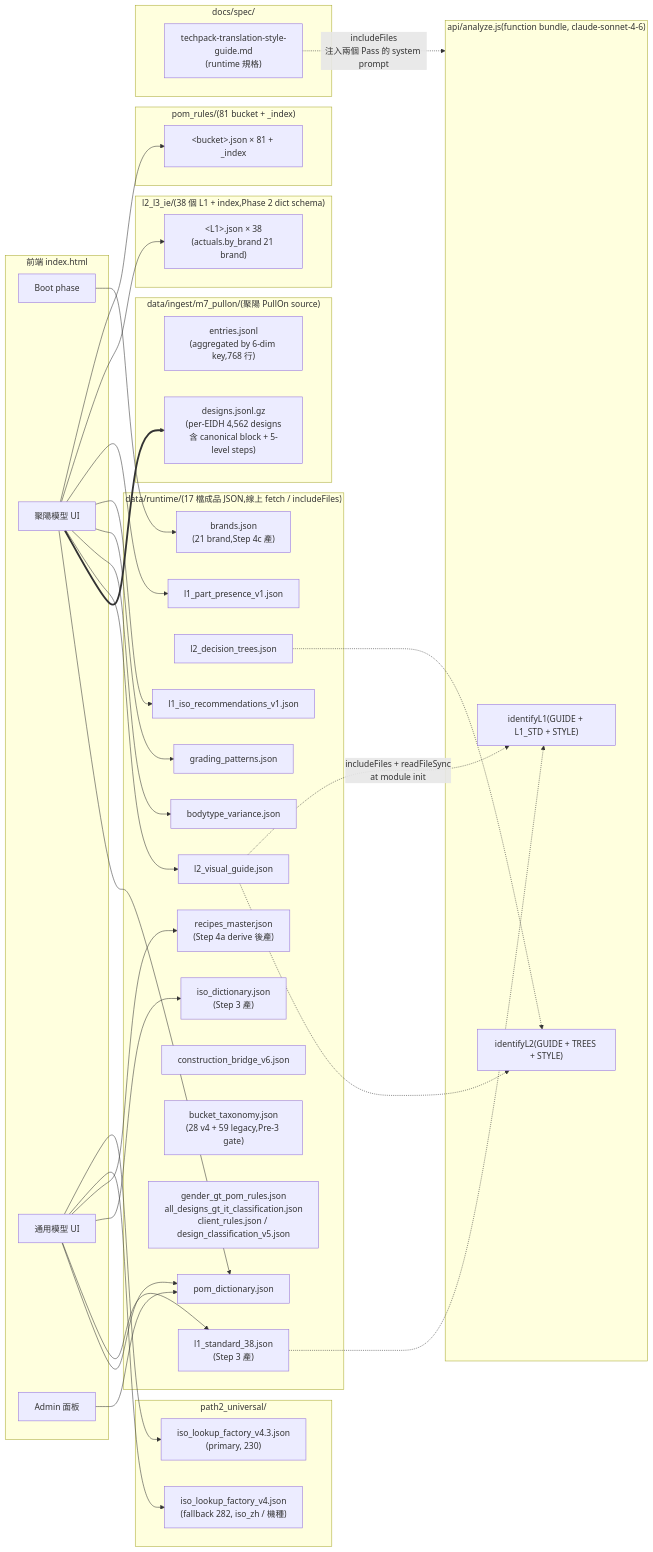
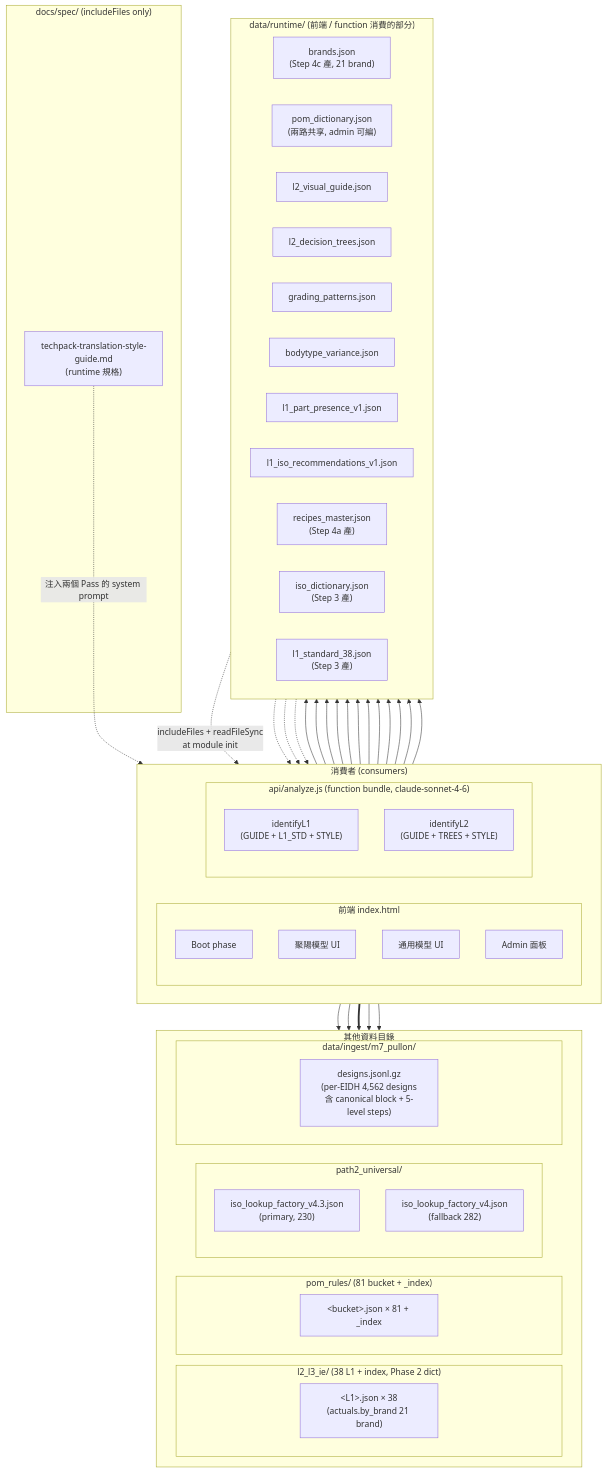
One commit to ellyfd/stytrix-techpack changed the third of 4 diagrams in docs/spec/網站架構圖.md. Above: the diagram before and after it, drawn with Mermaid. The commit also changed other lines of this file, not shown here.

Commit message:
docs(網站架構圖): Section 3 改 TB + 拆三層 + 拔非消費 node
橫向 LR 時 14 個 runtime node 被 Mermaid 疊高,整張圖長寬比失衡 + 箭頭 zig-zag。
改 TB 後三層分明:

  消費者 (Top, LR)  → Front 4 node + Fn 2 node 並排
        ↓
  data/runtime/ (Runtime, LR) → 11 個被消費的 node 橫排
        ↓
  其他資料目錄 (DataDirs, LR) → IE / pom_rules / path2 / m7_pullon 並排
        ↓
  docs/spec/ (虛線回頭灌進 Fn)

拔掉 4 個 Pipeline 內部用、前端不消費的 node (bucket_taxonomy /
construction_bridge_v6 / gender_gt_pom_rules / m7_pullon entries.jsonl) —
本圖只畫「誰吃誰」,完整 17 檔目錄盤點留給 Section 6 表格,避免圖上有
node 但沒箭頭造成讀者誤判。

https://claude.ai/code/session_01TBhYKbca9EQZGNwTMfF6BN

````diff
--- a/docs/spec/網站架構圖.md
+++ b/docs/spec/網站架構圖.md
@@ -117,53 +118,55 @@
 ```mermaid
-flowchart LR
-  subgraph Front["前端 index.html"]
-    FE_boot["Boot phase"]
-    FE_make["聚陽模型 UI"]
-    FE_uni["通用模型 UI"]
-    FE_admin["Admin 面板"]
+flowchart TB
+  subgraph Top["消費者 (consumers)"]
+    direction LR
+    subgraph Front["前端 index.html"]
+      direction TB
+      FE_boot["Boot phase"]
+      FE_make["聚陽模型 UI"]
+      FE_uni["通用模型 UI"]
+      FE_admin["Admin 面板"]
+    end
+    subgraph Fn["api/analyze.js (function bundle, claude-sonnet-4-6)"]
+      direction TB
+      FN_pass1["identifyL1<br/>(GUIDE + L1_STD + STYLE)"]
+      FN_pass2["identifyL2<br/>(GUIDE + TREES + STYLE)"]
+    end
   end
 
-  subgraph Fn["api/analyze.js(function bundle, claude-sonnet-4-6)"]
-    FN_pass1["identifyL1(GUIDE + L1_STD + STYLE)"]
-    FN_pass2["identifyL2(GUIDE + TREES + STYLE)"]
-  end
-
-  subgraph Runtime["data/runtime/(17 檔成品 JSON,線上 fetch / includeFiles)"]
-    D_brands["brands.json<br/>(21 brand,Step 4c 產)"]
+  subgraph Runtime["data/runtime/ (前端 / function 消費的部分)"]
+    direction LR
+    D_brands["brands.json<br/>(Step 4c 產, 21 brand)"]
+    D_pomdict["pom_dictionary.json<br/>(兩路共享, admin 可編)"]
     D_guide["l2_visual_guide.json"]
     D_trees["l2_decision_trees.json"]
     D_grading["grading_patterns.json"]
     D_bodyvar["bodytype_variance.json"]
-    D_pomdict["pom_dictionary.json"]
-    D_recipes["recipes_master.json<br/>(Step 4a derive 後產)"]
+    D_pres["l1_part_presence_v1.json"]
+    D_iso["l1_iso_recommendations_v1.json"]
+    D_recipes["recipes_master.json<br/>(Step 4a 產)"]
     D_isodict["iso_dictionary.json<br/>(Step 3 產)"]
     D_l1std["l1_standard_38.json<br/>(Step 3 產)"]
-    D_bridge["construction_bridge_v6.json"]
-    D_taxonomy["bucket_taxonomy.json<br/>(28 v4 + 59 legacy,Pre-3 gate)"]
-    D_gender["gender_gt_pom_rules.json<br/>all_designs_gt_it_classification.json<br/>client_rules.json / design_classification_v5.json"]
-    D_pres["l1_part_presence_v1.json"]
-    D_iso["l1_iso_recommendations_v1.json"]
   end
 
-  subgraph Ingest["data/ingest/m7_pullon/(聚陽 PullOn source)"]
-    M_entries["entries.jsonl<br/>(aggregated by 6-dim key,768 行)"]
-    M_designs["designs.jsonl.gz<br/>(per-EIDH 4,562 designs<br/>含 canonical block + 5-level steps)"]
+  subgraph DataDirs["其他資料目錄"]
+    direction LR
+    subgraph IE["l2_l3_ie/ (38 L1 + index, Phase 2 dict)"]
+      IE_files["&lt;L1&gt;.json × 38<br/>(actuals.by_brand 21 brand)"]
+    end
+    subgraph PomRules["pom_rules/ (81 bucket + _index)"]
+      P_files["&lt;bucket&gt;.json × 81 + _index"]
+    end
+    subgraph Path2["path2_universal/"]
+      direction TB
+      G_v43["iso_lookup_factory_v4.3.json<br/>(primary, 230)"]
+      G_v4["iso_lookup_factory_v4.json<br/>(fallback 282)"]
+    end
+    subgraph Ingest["data/ingest/m7_pullon/"]
+      M_designs["designs.jsonl.gz<br/>(per-EIDH 4,562 designs<br/>含 canonical block + 5-level steps)"]
+    end
   end
 
-  subgraph PomRules["pom_rules/(81 bucket + _index)"]
-    P_files["&lt;bucket&gt;.json × 81 + _index"]
-  end
-
-  subgraph IE["l2_l3_ie/(38 個 L1 + index,Phase 2 dict schema)"]
-    IE_files["&lt;L1&gt;.json × 38<br/>(actuals.by_brand 21 brand)"]
-  end
-
-  subgraph Path2["path2_universal/"]
-    G_v43["iso_lookup_factory_v4.3.json<br/>(primary, 230)"]
-    G_v4["iso_lookup_factory_v4.json<br/>(fallback 282, iso_zh / 機種)"]
-  end
-
-  subgraph Spec["docs/spec/"]
+  subgraph Spec["docs/spec/ (includeFiles only)"]
     R_style["techpack-translation-style-guide.md<br/>(runtime 規格)"]
   end
 
@@ -172,14 +175,14 @@
   D_l1std -.-> FN_pass1
   D_guide -.-> FN_pass2
   D_trees -.-> FN_pass2
-  R_style -. "includeFiles<br/>注入兩個 Pass 的 system prompt" .-> Fn
+  R_style -. "注入兩個 Pass 的 system prompt" .-> Fn
 
   %% Boot eager fetch
   FE_boot --> D_brands
 
   %% 聚陽模型 runtime fetch
+  FE_make --> IE_files
   FE_make --> P_files
-  FE_make --> IE_files
   FE_make --> D_pres
   FE_make --> D_iso
   FE_make --> D_grading
````
